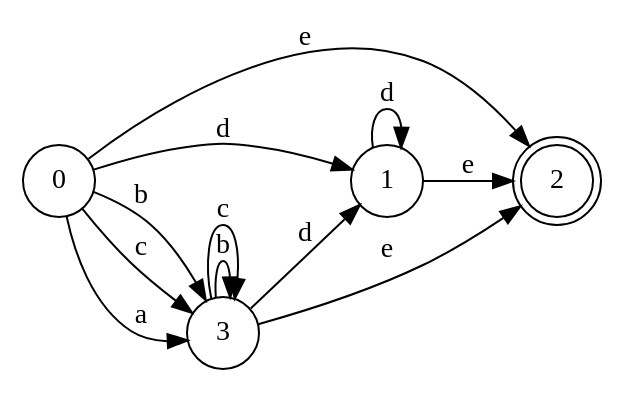
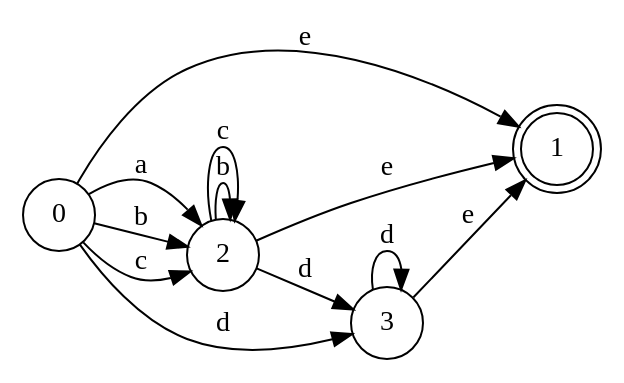
One commit to Jose-Merida-UVG/Compilers-1-CC3071 changed the diagram in out/DFA_regex3.DOT. Above: the diagram before and after it, drawn with Graphviz. The commit also changed 16 other files, not shown here.

```diff
--- a/out/DFA_regex3.DOT
+++ b/out/DFA_regex3.DOT
@@ -1,19 +1,19 @@
 digraph "graph" {
 	rankdir=LR size = "8,5"
 	node[shape=circle]
-	8 [label=0]
-	9 [label=1]
-	9 -> 9 [label="d"]
-	10 [label=2][shape=doublecircle]
-	9 -> 10 [label="e"]
-	8 -> 9 [label="d"]
-	8 -> 10 [label="e"]
-	11 [label=3]
-	11 -> 11 [label="b"]
-	11 -> 11 [label="c"]
-	11 -> 9 [label="d"]
-	11 -> 10 [label="e"]
-	8 -> 11 [label="a"]
-	8 -> 11 [label="b"]
-	8 -> 11 [label="c"]
+	15 [label=0]
+	17 [label=1][shape=doublecircle]
+	15 -> 17 [label="e"]
+	18 [label=2]
+	18 -> 18 [label="b"]
+	18 -> 18 [label="c"]
+	16 [label=3]
+	16 -> 17 [label="e"]
+	16 -> 16 [label="d"]
+	18 -> 16 [label="d"]
+	18 -> 17 [label="e"]
+	15 -> 18 [label="a"]
+	15 -> 18 [label="b"]
+	15 -> 18 [label="c"]
+	15 -> 16 [label="d"]
 }
```
